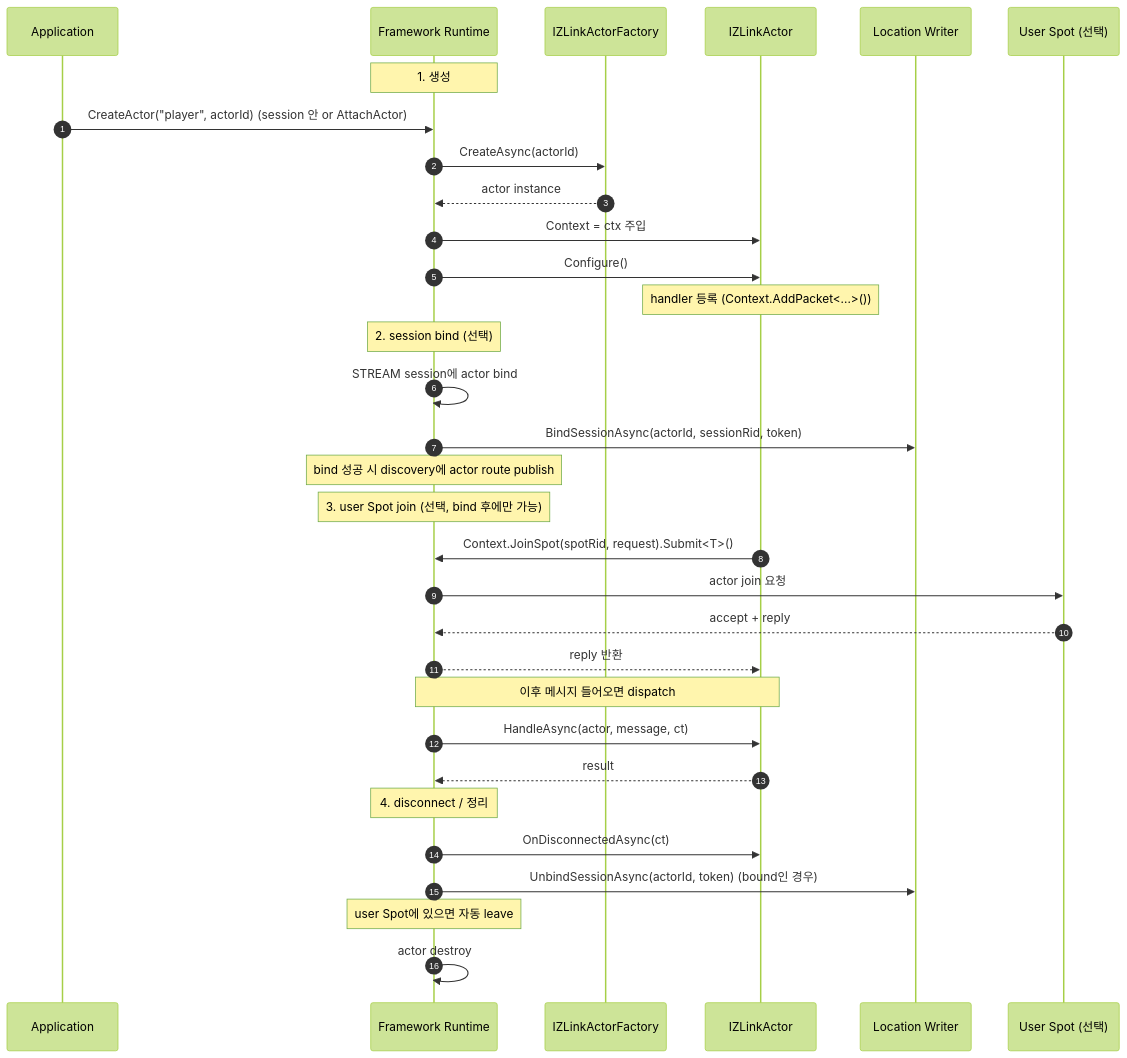
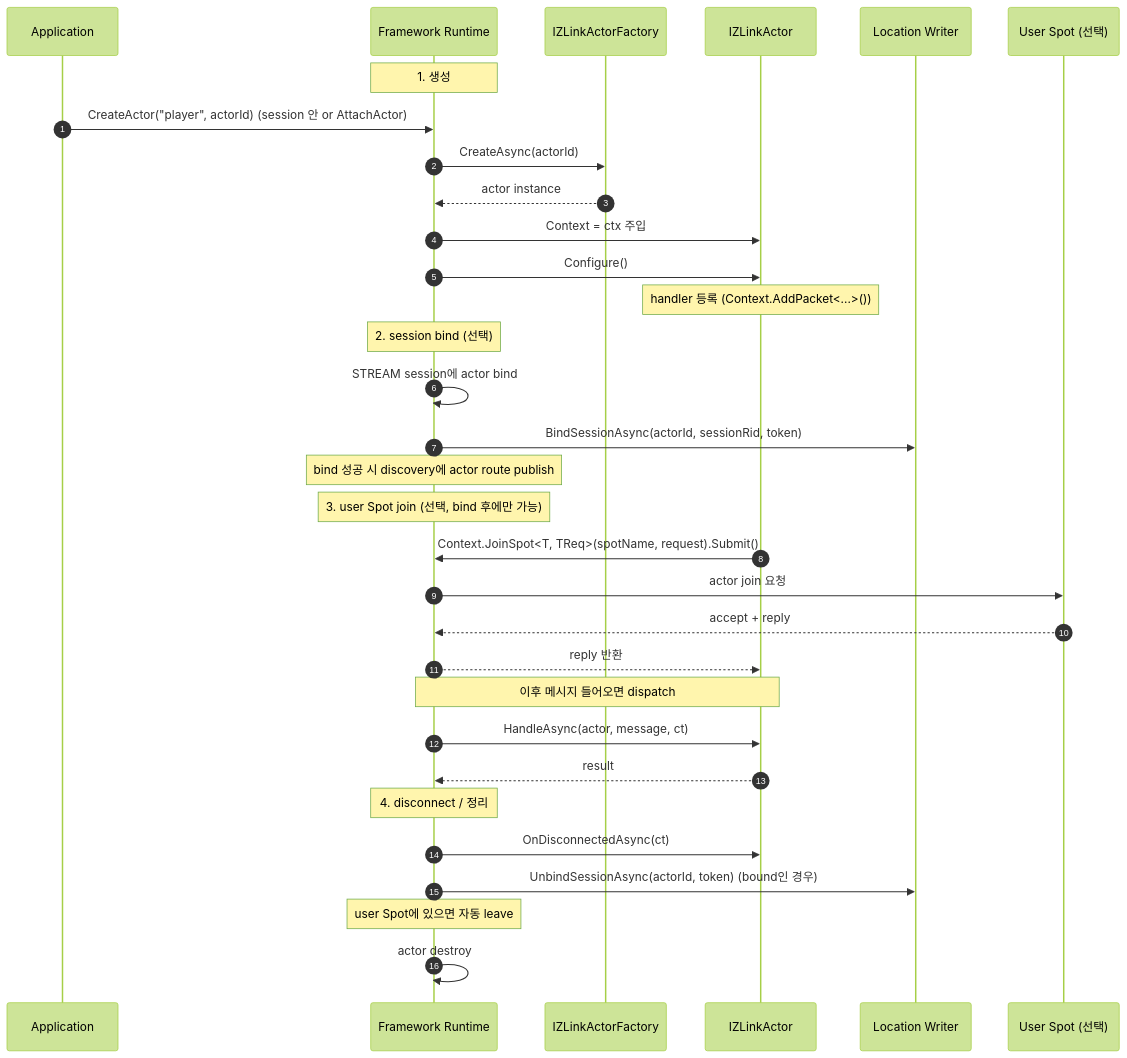
The first of 3 diagrams in framework/doc/spec/draft/framework-adapter/bindings/dotnet/aspnet-core-actor.ko.md (kairos-code-dev/zlink), drawn with Mermaid (forest theme) before and after one commit. The commit also changed other lines of this file and 4 other files, not shown here.

Commit message:
phase4(framework-adapter): use string spotName on actor JoinSpot surface, hide RoutingId

````diff
--- a/framework/doc/spec/draft/framework-adapter/bindings/dotnet/aspnet-core-actor.ko.md
+++ b/framework/doc/spec/draft/framework-adapter/bindings/dotnet/aspnet-core-actor.ko.md
@@ -192,39 +192,39 @@
 ```mermaid
 sequenceDiagram
     autonumber
     participant App as Application
     participant FW as Framework Runtime
     participant Fact as IZLinkActorFactory
     participant Act as IZLinkActor
     participant Loc as Location Writer
     participant Spot as User Spot (선택)
 
     Note over FW: 1. 생성
     App->>FW: CreateActor("player", actorId) (session 안 or AttachActor)
     FW->>Fact: CreateAsync(actorId)
     Fact-->>FW: actor instance
     FW->>Act: Context = ctx 주입
     FW->>Act: Configure()
     Note over Act: handler 등록 (Context.AddPacket<...>())
 
     Note over FW: 2. session bind (선택)
     FW->>FW: STREAM session에 actor bind
     FW->>Loc: BindSessionAsync(actorId, sessionRid, token)
     Note over FW: bind 성공 시 discovery에 actor route publish
 
     Note over FW: 3. user Spot join (선택, bind 후에만 가능)
-    Act->>FW: Context.JoinSpot(spotRid, request).Submit<T>()
+    Act->>FW: Context.JoinSpot<T, TReq>(spotName, request).Submit()
     FW->>Spot: actor join 요청
     Spot-->>FW: accept + reply
     FW-->>Act: reply 반환
 
     Note over FW,Act: 이후 메시지 들어오면 dispatch
     FW->>Act: HandleAsync(actor, message, ct)
     Act-->>FW: result
 
     Note over FW: 4. disconnect / 정리
     FW->>Act: OnDisconnectedAsync(ct)
     FW->>Loc: UnbindSessionAsync(actorId, token) (bound인 경우)
     Note over FW: user Spot에 있으면 자동 leave
     FW->>FW: actor destroy
 ```
````
